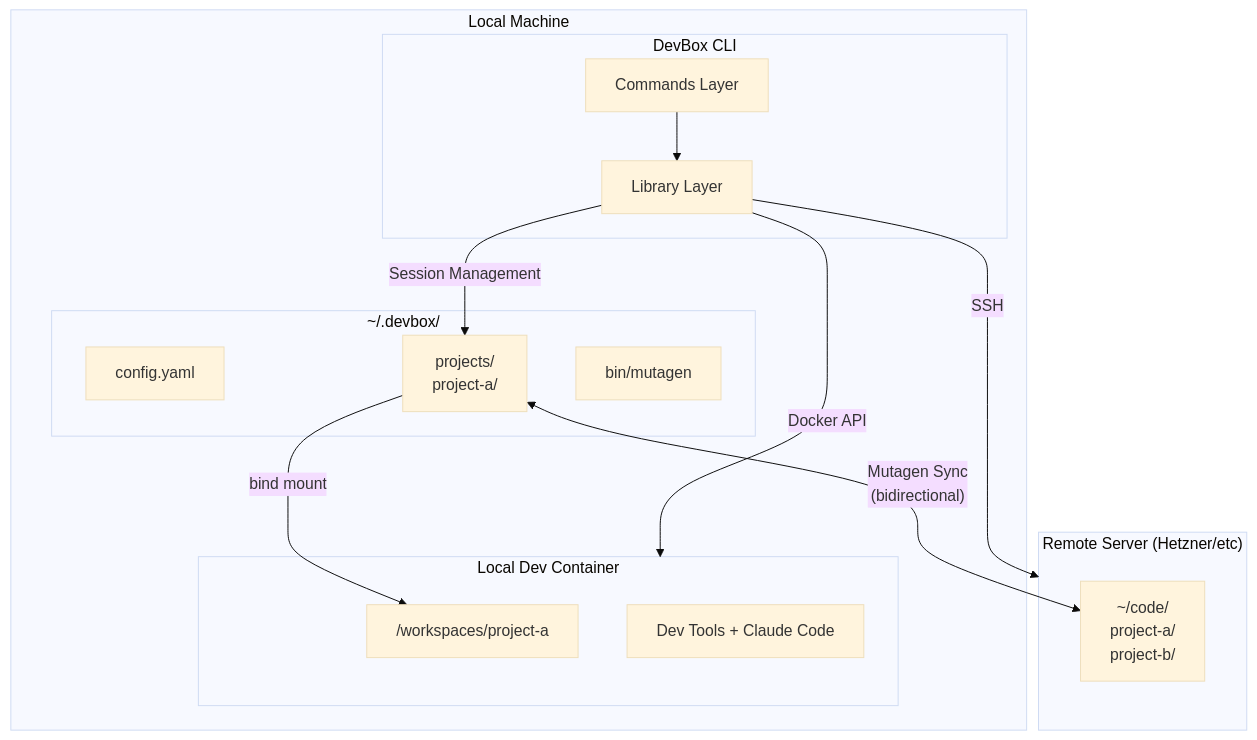
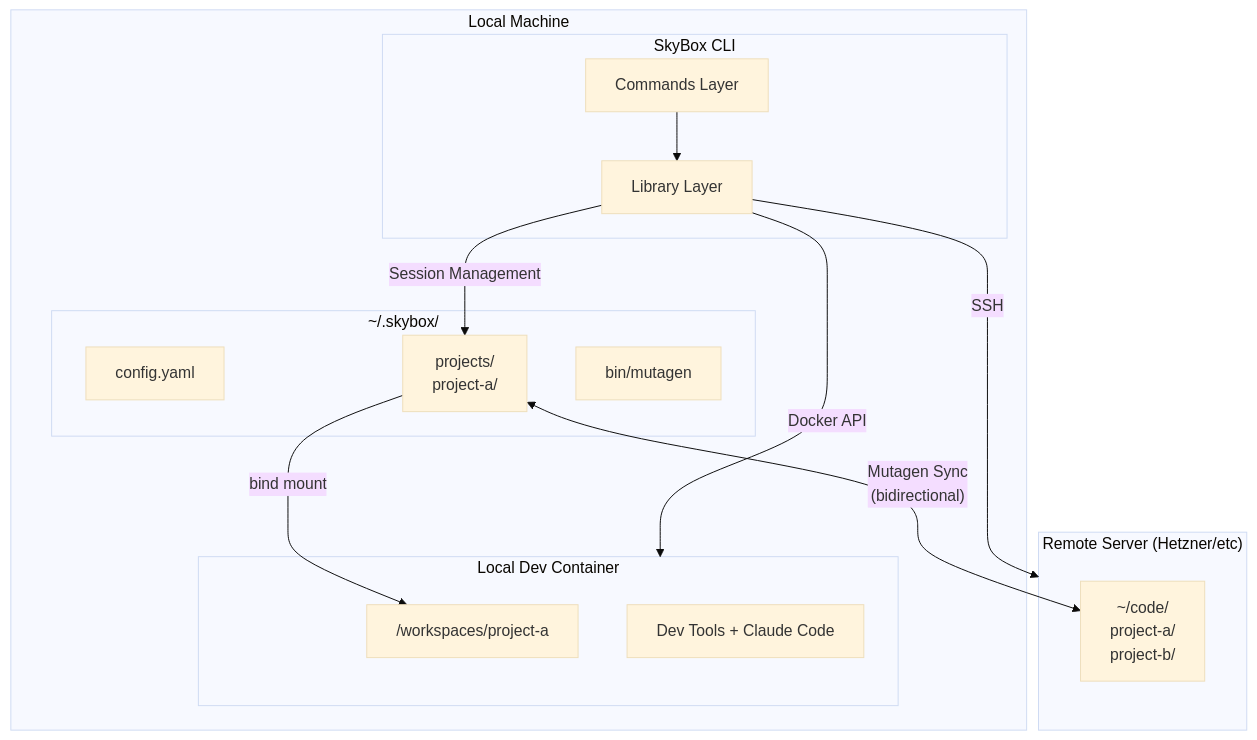
The first of 2 diagrams in docs/architecture/index.md (NoorXLabs/SkyBox), drawn with Mermaid (base theme) before and after one commit. The commit also changed other lines of this file and 181 other files, not shown here.

First line of the commit message:
feat: rename devbox to skybox

````diff
--- a/docs/architecture/index.md
+++ b/docs/architecture/index.md
@@ -9,31 +9,31 @@
 ```mermaid
 flowchart TB
     subgraph Remote["Remote Server (Hetzner/etc)"]
         RemoteCode["~/code/<br/>project-a/<br/>project-b/"]
     end
 
     subgraph Local["Local Machine"]
-        subgraph CLI["DevBox CLI"]
+        subgraph CLI["SkyBox CLI"]
             Commands["Commands Layer"]
             Libs["Library Layer"]
         end
 
-        subgraph Projects["~/.devbox/"]
+        subgraph Projects["~/.skybox/"]
             Config["config.yaml"]
             LocalProjects["projects/<br/>project-a/"]
             Bin["bin/mutagen"]
         end
 
         subgraph Container["Local Dev Container"]
             Workspace["/workspaces/project-a"]
             Tools["Dev Tools + Claude Code"]
         end
     end
 
     Commands --> Libs
     Libs -->|"SSH"| Remote
     Libs -->|"Docker API"| Container
     LocalProjects <-->|"Mutagen Sync<br/>(bidirectional)"| RemoteCode
     LocalProjects -->|"bind mount"| Workspace
     Libs -->|"Session Management"| LocalProjects
 ```
````
